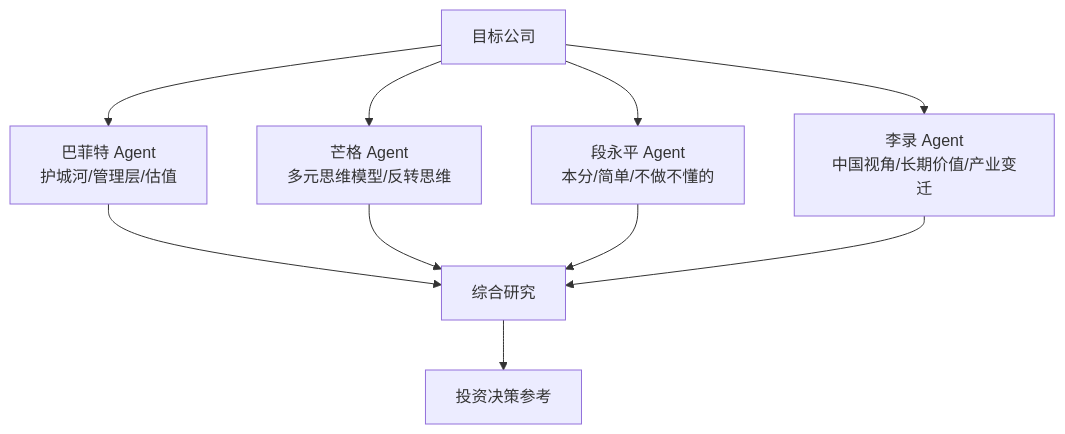
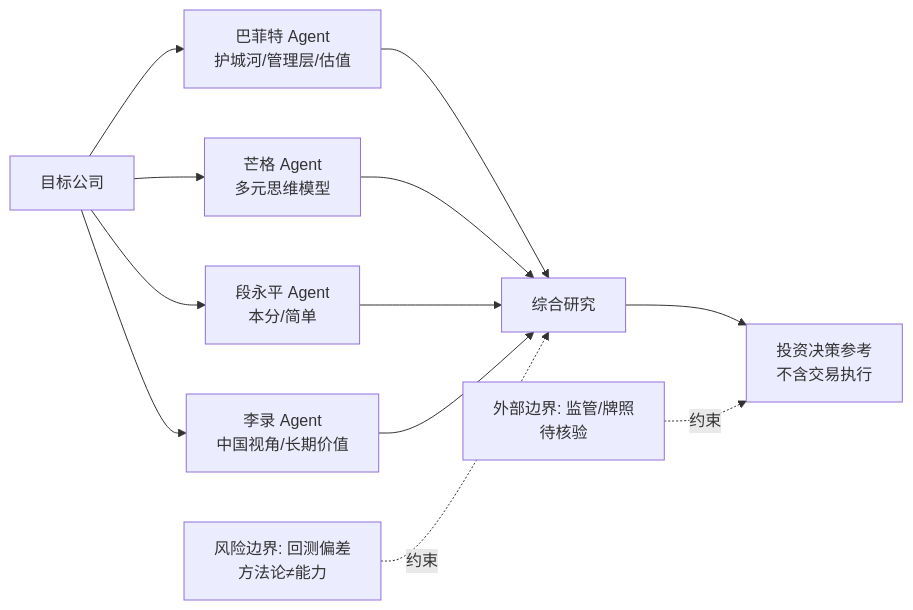
Before and after one commit to aiutil/github-researcher: the diagram in projects/ai-berkshire.md, drawn with Mermaid. The commit also changed other lines of this file and 939 other files, not shown here.

Commit message:
feat: add architect briefs and Mermaid project maps

````diff
--- a/projects/ai-berkshire.md
+++ b/projects/ai-berkshire.md
@@ -41,12 +54,15 @@
 ```mermaid
-flowchart TB
-    T[目标公司] --> A1[巴菲特 Agent<br/>护城河/管理层/估值]
-    T --> A2[芒格 Agent<br/>多元思维模型/反转思维]
-    T --> A3[段永平 Agent<br/>本分/简单/不做不懂的]
-    T --> A4[李录 Agent<br/>中国视角/长期价值/产业变迁]
-    A1 --> S[综合研究]
-    A2 --> S
-    A3 --> S
-    A4 --> S
-    S --> R[投资决策参考]
+flowchart LR
+  T[目标公司]
+  T --> A1[巴菲特 Agent<br/>护城河/管理层/估值]
+  T --> A2[芒格 Agent<br/>多元思维模型]
+  T --> A3[段永平 Agent<br/>本分/简单]
+  T --> A4[李录 Agent<br/>中国视角/长期价值]
+  A1 --> S[综合研究]
+  A2 --> S
+  A3 --> S
+  A4 --> S
+  S --> R[投资决策参考<br/>不含交易执行]
+  C[外部边界: 监管/牌照<br/>待核验] -.约束.-> R
+  X[风险边界: 回测偏差<br/>方法论≠能力] -.约束.-> S
 ```
````
